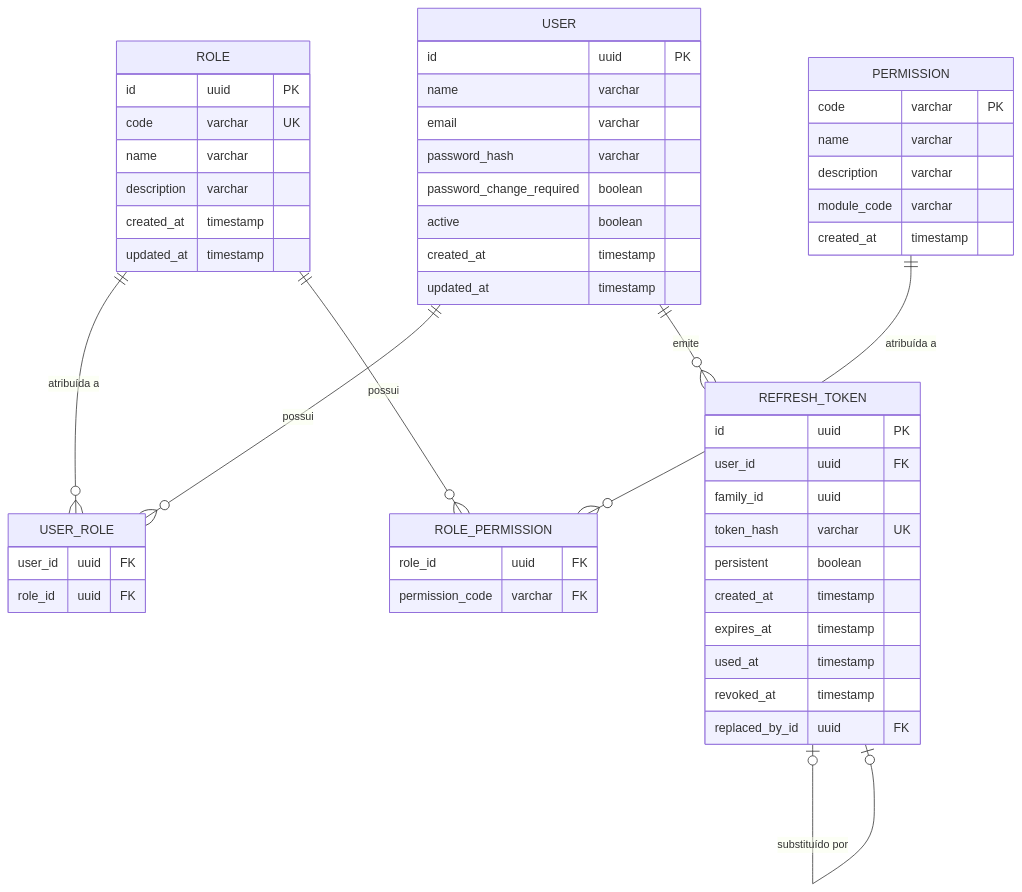
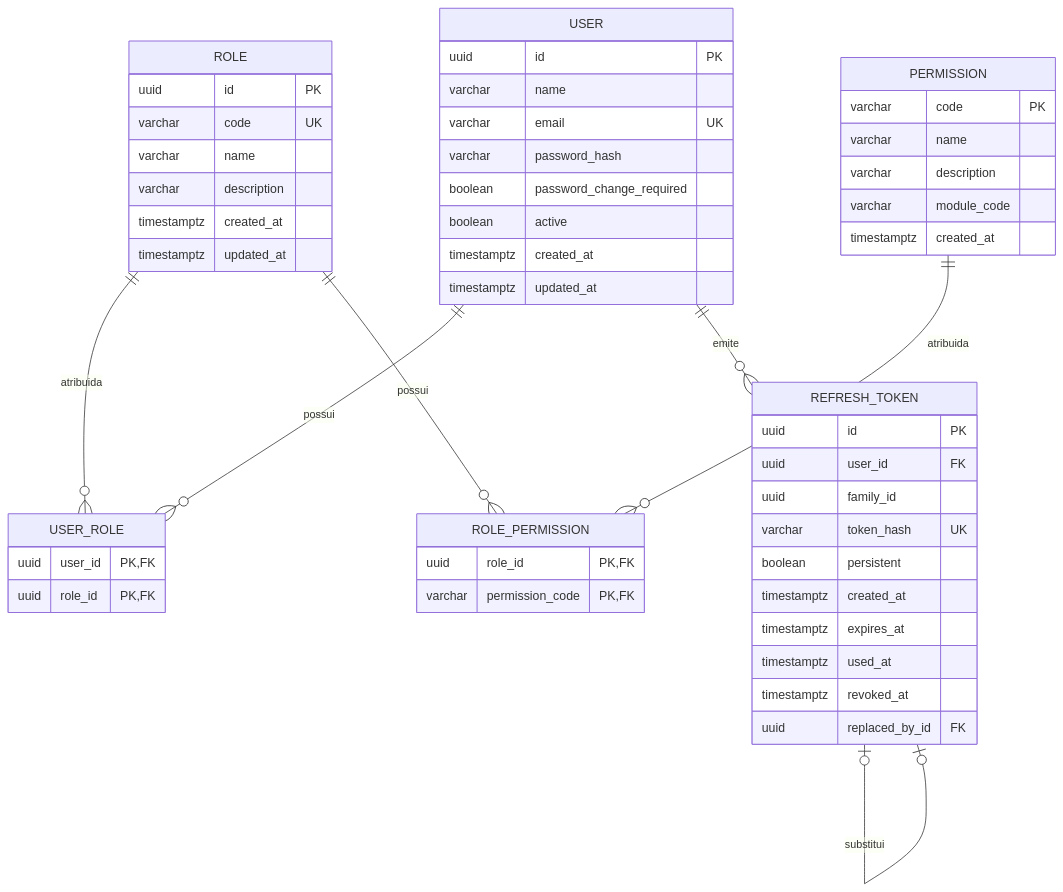
Before and after one commit to lucas-freitas-tech/afc-erp-docs: the second of 2 diagrams in specs/identity/architecture.md, drawn with Mermaid. The commit also changed other lines of this file and 4 other files, not shown here.

````diff
--- a/specs/identity/architecture.md
+++ b/specs/identity/architecture.md
@@ -75,63 +60,60 @@
 ```mermaid
 erDiagram
-
     USER {
-        id uuid PK
-        name varchar
-        email varchar
-        password_hash varchar
-        password_change_required boolean
-        active boolean
-        created_at timestamp
-        updated_at timestamp
+        uuid id PK
+        varchar name
+        varchar email UK
+        varchar password_hash
+        boolean password_change_required
+        boolean active
+        timestamptz created_at
+        timestamptz updated_at
     }
 
     ROLE {
-        id uuid PK
-        code varchar UK
-        name varchar
-        description varchar
-        created_at timestamp
-        updated_at timestamp
+        uuid id PK
+        varchar code UK
+        varchar name
+        varchar description
+        timestamptz created_at
+        timestamptz updated_at
     }
 
     PERMISSION {
-        code varchar PK
-        name varchar
-        description varchar
-        module_code varchar
-        created_at timestamp
+        varchar code PK
+        varchar name
+        varchar description
+        varchar module_code
+        timestamptz created_at
     }
 
     USER_ROLE {
-        user_id uuid FK
-        role_id uuid FK
+        uuid user_id PK, FK
+        uuid role_id PK, FK
     }
 
     ROLE_PERMISSION {
-        role_id uuid FK
-        permission_code varchar FK
+        uuid role_id PK, FK
+        varchar permission_code PK, FK
     }
 
     REFRESH_TOKEN {
-        id uuid PK
-        user_id uuid FK
-        family_id uuid
-        token_hash varchar UK
-        persistent boolean
-        created_at timestamp
-        expires_at timestamp
-        used_at timestamp
-        revoked_at timestamp
-        replaced_by_id uuid FK
+        uuid id PK
+        uuid user_id FK
+        uuid family_id
+        varchar token_hash UK
+        boolean persistent
+        timestamptz created_at
+        timestamptz expires_at
+        timestamptz used_at
+        timestamptz revoked_at
+        uuid replaced_by_id FK
     }
 
-    USER ||--o{ USER_ROLE : "possui"
-    ROLE ||--o{ USER_ROLE : "atribuída a"
-
-    ROLE ||--o{ ROLE_PERMISSION : "possui"
-    PERMISSION ||--o{ ROLE_PERMISSION : "atribuída a"
-
-    USER ||--o{ REFRESH_TOKEN : "emite"
-    REFRESH_TOKEN |o--o| REFRESH_TOKEN : "substituído por"
+    USER ||--o{ USER_ROLE : possui
+    ROLE ||--o{ USER_ROLE : atribuida
+    ROLE ||--o{ ROLE_PERMISSION : possui
+    PERMISSION ||--o{ ROLE_PERMISSION : atribuida
+    USER ||--o{ REFRESH_TOKEN : emite
+    REFRESH_TOKEN |o--o| REFRESH_TOKEN : substitui
 ```
````
